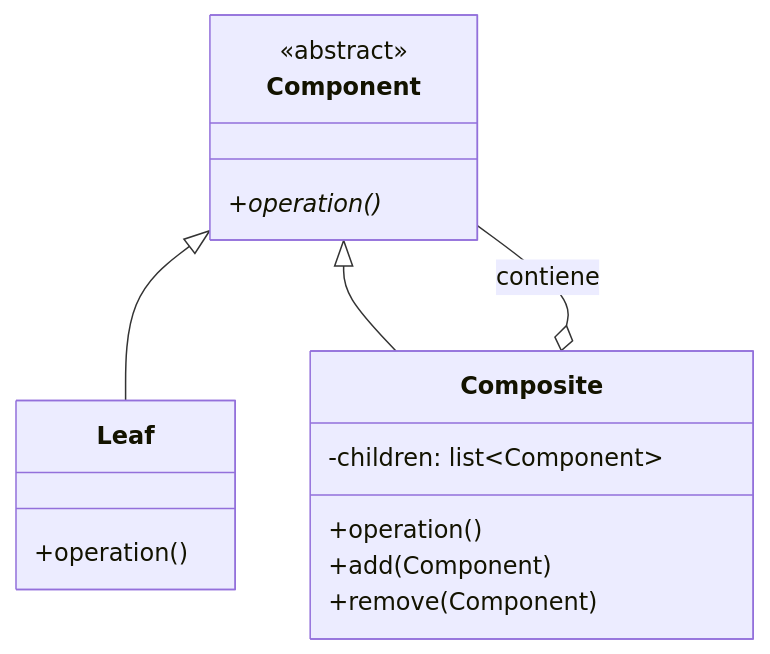
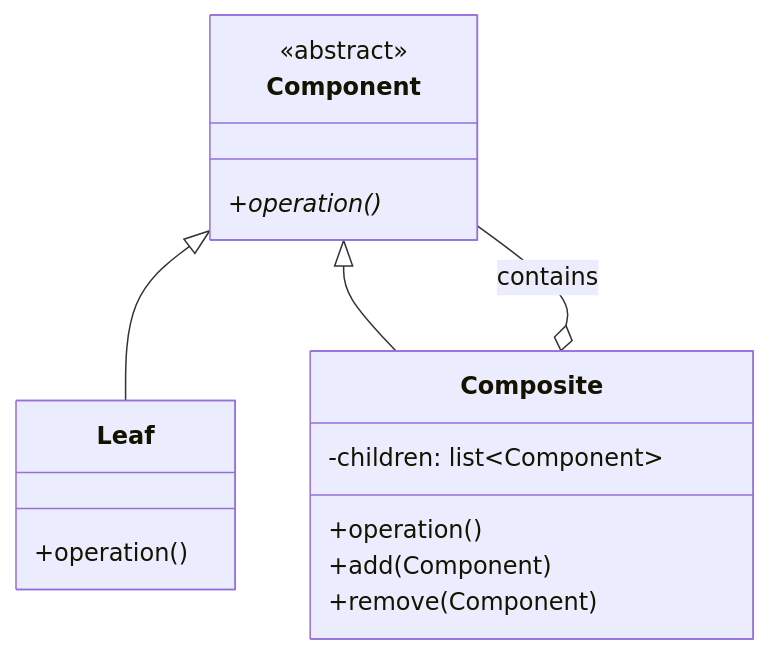
Before and after one commit to lucadileo9/design-pattern: the first of 3 diagrams in 02_structural/composite/README.md, drawn with Mermaid. The commit also changed other lines of this file and 43 other files, not shown here.

````diff
--- a/02_structural/composite/README.md
+++ b/02_structural/composite/README.md
@@ -32,20 +32,20 @@
 ```mermaid
 classDiagram
     class Component {
         <<abstract>>
         +operation()*
     }
     class Leaf {
         +operation()
     }
     class Composite {
         -children: list~Component~
         +operation()
         +add(Component)
         +remove(Component)
     }
 
     Component <|-- Leaf
     Component <|-- Composite
-    Composite o-- Component : contiene
+    Composite o-- Component : contains
 ```
````
